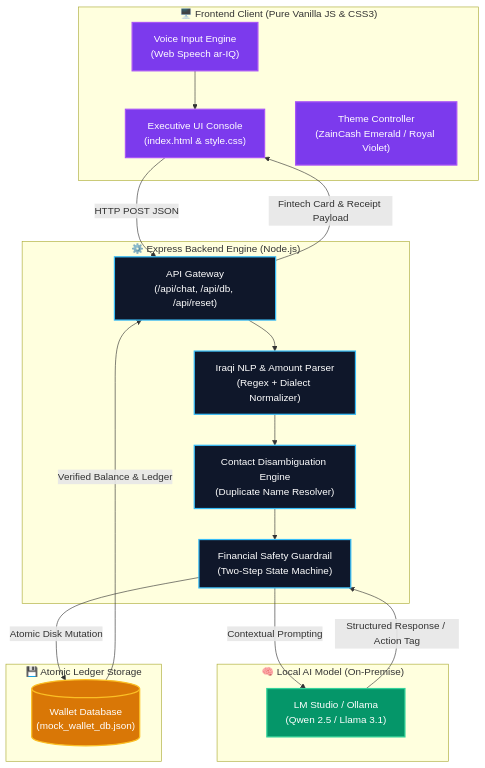
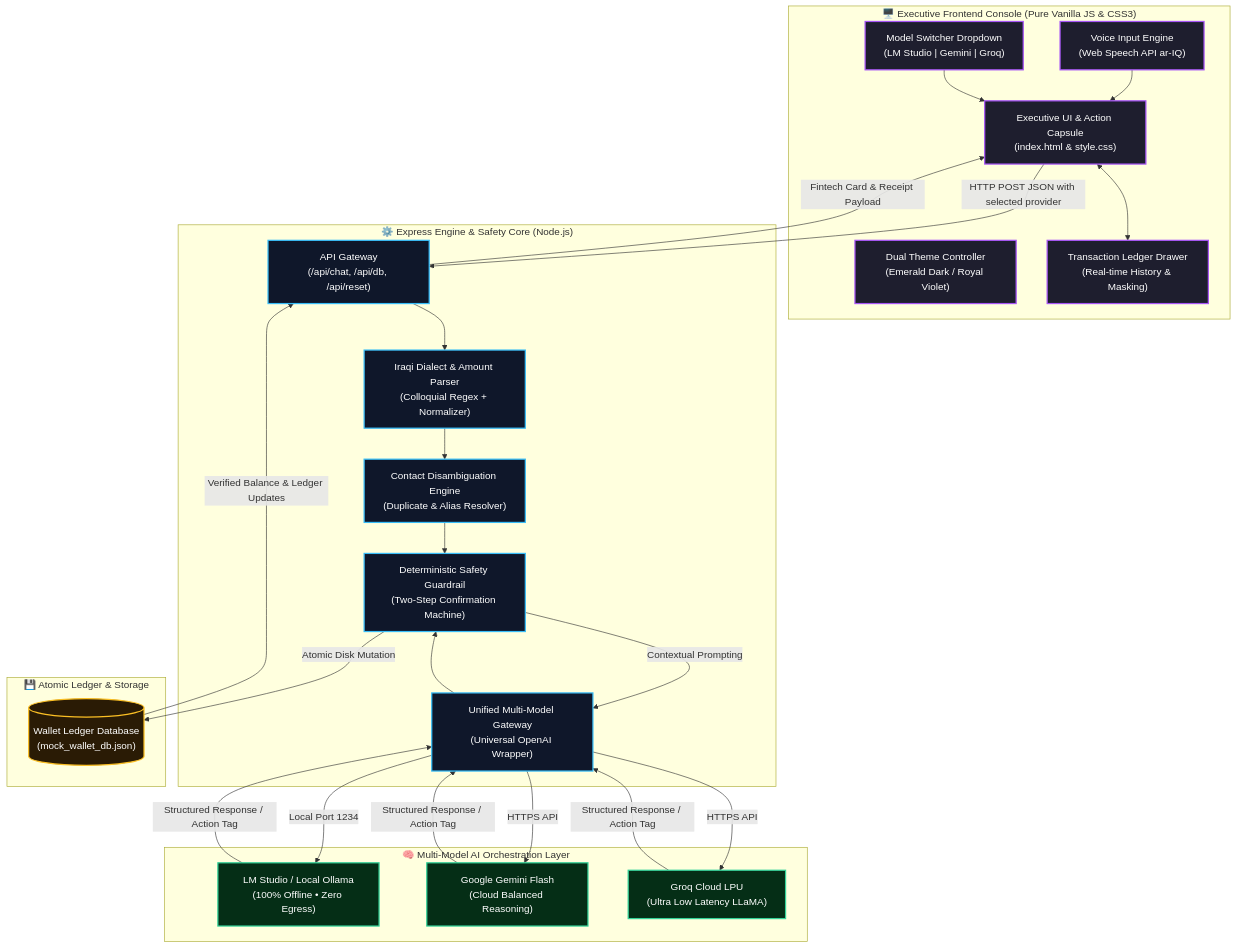
One commit to double-u9/VI changed the diagram in README.md. Above: the diagram before and after it, drawn with Mermaid. The commit also changed other lines of this file and 6 other files, not shown here.

Commit message:
docs: overhaul README with multi-model AI architecture, centered branding, and deterministic guardrails

````diff
--- a/README.md
+++ b/README.md
@@ -106,39 +149,50 @@
 ```mermaid
 flowchart TD
-    classDef clientStyle fill:#7c3aed,stroke:#a855f7,stroke-width:2px,color:#fff;
+    classDef clientStyle fill:#1e1e2e,stroke:#a855f7,stroke-width:2px,color:#fff;
     classDef serverStyle fill:#0f172a,stroke:#38bdf8,stroke-width:2px,color:#fff;
-    classDef aiStyle fill:#059669,stroke:#34d399,stroke-width:2px,color:#fff;
-    classDef dbStyle fill:#d97706,stroke:#fbbf24,stroke-width:2px,color:#fff;
+    classDef aiStyle fill:#052e16,stroke:#34d399,stroke-width:2px,color:#fff;
+    classDef dbStyle fill:#2a1b05,stroke:#fbbf24,stroke-width:2px,color:#fff;
 
-    subgraph Client ["🖥️ Frontend Client (Pure Vanilla JS & CSS3)"]
-        UI["Executive UI Console\n(index.html & style.css)"]:::clientStyle
-        Voice["Voice Input Engine\n(Web Speech ar-IQ)"]:::clientStyle
-        Theme["Theme Controller\n(ZainCash Emerald / Royal Violet)"]:::clientStyle
+    subgraph Client ["🖥️ Executive Frontend Console (Pure Vanilla JS & CSS3)"]
+        UI["Executive UI & Action Capsule\n(index.html & style.css)"]:::clientStyle
+        Voice["Voice Input Engine\n(Web Speech API ar-IQ)"]:::clientStyle
+        ModelToggle["Model Switcher Dropdown\n(LM Studio | Gemini | Groq)"]:::clientStyle
+        Theme["Dual Theme Controller\n(Emerald Dark / Royal Violet)"]:::clientStyle
+        Drawer["Transaction Ledger Drawer\n(Real-time History & Masking)"]:::clientStyle
     end
 
-    subgraph Backend ["⚙️ Express Backend Engine (Node.js)"]
+    subgraph Backend ["⚙️ Express Engine & Safety Core (Node.js)"]
         Router["API Gateway\n(/api/chat, /api/db, /api/reset)"]:::serverStyle
-        NLP["Iraqi NLP & Amount Parser\n(Regex + Dialect Normalizer)"]:::serverStyle
-        Disambig["Contact Disambiguation Engine\n(Duplicate Name Resolver)"]:::serverStyle
-        Guardrail["Financial Safety Guardrail\n(Two-Step State Machine)"]:::serverStyle
+        NLP["Iraqi Dialect & Amount Parser\n(Colloquial Regex + Normalizer)"]:::serverStyle
+        Disambig["Contact Disambiguation Engine\n(Duplicate & Alias Resolver)"]:::serverStyle
+        Guardrail["Deterministic Safety Guardrail\n(Two-Step Confirmation Machine)"]:::serverStyle
+        ProviderRouter["Unified Multi-Model Gateway\n(Universal OpenAI Wrapper)"]:::serverStyle
     end
 
-    subgraph AI ["🧠 Local AI Model (On-Premise)"]
-        LLM["LM Studio / Ollama\n(Qwen 2.5 / Llama 3.1)"]:::aiStyle
+    subgraph AI ["🧠 Multi-Model AI Orchestration Layer"]
+        LocalLM["LM Studio / Local Ollama\n(100% Offline • Zero Egress)"]:::aiStyle
+        Gemini["Google Gemini Flash\n(Cloud Balanced Reasoning)"]:::aiStyle
+        Groq["Groq Cloud LPU\n(Ultra Low Latency LLaMA)"]:::aiStyle
     end
 
-    subgraph Storage ["💾 Atomic Ledger Storage"]
-        DB[("Wallet Database\n(mock_wallet_db.json)")]:::dbStyle
+    subgraph Storage ["💾 Atomic Ledger & Storage"]
+        DB[("Wallet Ledger Database\n(mock_wallet_db.json)")]:::dbStyle
     end
 
     Voice --> UI
-    UI -->|HTTP POST JSON| Router
+    ModelToggle --> UI
+    UI -->|HTTP POST JSON with selected provider| Router
     Router --> NLP
     NLP --> Disambig
     Disambig --> Guardrail
-    Guardrail -->|Contextual Prompting| LLM
-    LLM -->|Structured Response / Action Tag| Guardrail
+    Guardrail -->|Contextual Prompting| ProviderRouter
+    ProviderRouter -->|Local Port 1234| LocalLM
+    ProviderRouter -->|HTTPS API| Gemini
+    ProviderRouter -->|HTTPS API| Groq
+    LocalLM & Gemini & Groq -->|Structured Response / Action Tag| ProviderRouter
+    ProviderRouter --> Guardrail
     Guardrail -->|Atomic Disk Mutation| DB
-    DB -->|Verified Balance & Ledger| Router
+    DB -->|Verified Balance & Ledger Updates| Router
     Router -->|Fintech Card & Receipt Payload| UI
+    UI <--> Drawer
 ```
````
